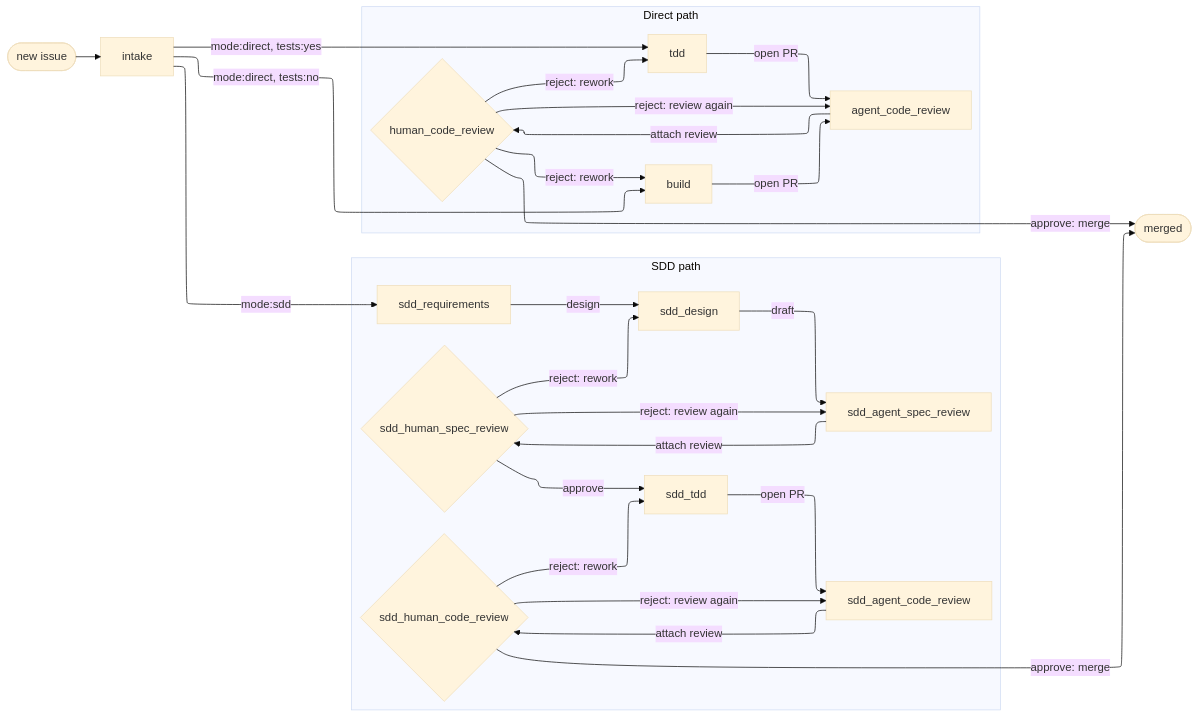
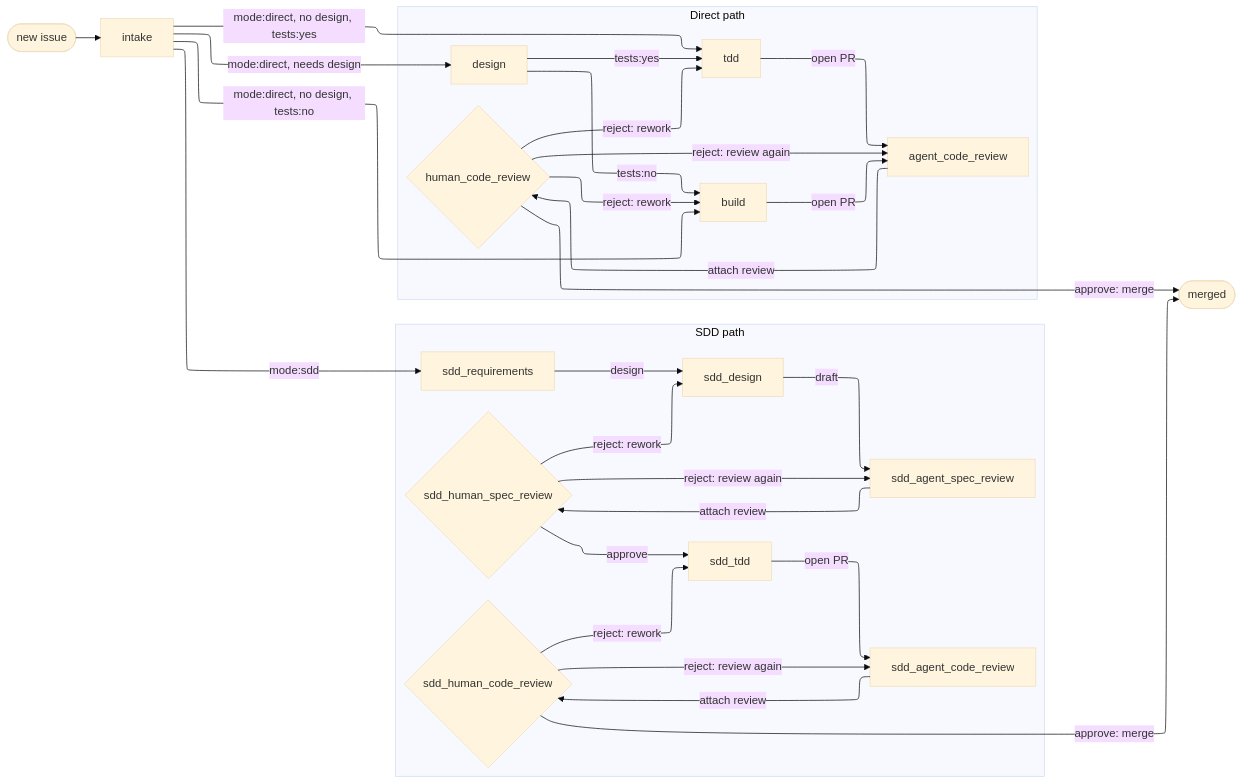
The diagram in workflow/workflow.md (GeoffNordling/dev-playbook), drawn with Mermaid (base theme) before and after one commit. The commit also changed other lines of this file, not shown here.

Commit message:
workflow: add design node to the direct path
Direct-path issues had no place to explore solutions, prototype, or weigh
tradeoffs. Add a single `design` node between intake and tdd/build: intake
routes substantive work through it and bypasses trivial work straight to
implementation. One node serves both tests:* values, routing onward by the
test dimension. No design-review gate; the approach is captured in the issue
body and validated at code review.

Graph + supporting prose only. The /design skill, its skill-table row, the
phase:design label mint, and intake's routing logic are deferred.

````diff
--- a/workflow/workflow.md
+++ b/workflow/workflow.md
@@ -38,33 +38,36 @@
 ```mermaid
 %%{init: {'flowchart': {'defaultRenderer': 'elk'}}}%%
 flowchart LR
     new([new issue]) --> intake[intake]
     intake -->|mode:sdd| sdd_requirements[sdd_requirements]
-    intake -->|mode:direct, tests:yes| tdd[tdd]
-    intake -->|mode:direct, tests:no| build[build]
+    intake -->|mode:direct, needs design| design[design]
+    intake -->|mode:direct, no design, tests:yes| tdd[tdd]
+    intake -->|mode:direct, no design, tests:no| build[build]
 
     subgraph sdd[SDD path]
         sdd_requirements -->|design| sdd_design[sdd_design]
         sdd_design -->|draft| sdd_agent_spec_review[sdd_agent_spec_review]
         sdd_agent_spec_review -->|attach review| sdd_human_spec_review{sdd_human_spec_review}
         sdd_human_spec_review -->|reject: review again| sdd_agent_spec_review
         sdd_human_spec_review -->|reject: rework| sdd_design
         sdd_human_spec_review -->|approve| sdd_tdd[sdd_tdd]
         sdd_tdd -->|open PR| sdd_agent_code_review[sdd_agent_code_review]
         sdd_agent_code_review -->|attach review| sdd_human_code_review{sdd_human_code_review}
         sdd_human_code_review -->|reject: review again| sdd_agent_code_review
         sdd_human_code_review -->|reject: rework| sdd_tdd
     end
 
     subgraph direct[Direct path]
+        design -->|tests:yes| tdd
+        design -->|tests:no| build
         tdd -->|open PR| agent_code_review[agent_code_review]
         build -->|open PR| agent_code_review
         agent_code_review -->|attach review| human_code_review{human_code_review}
         human_code_review -->|reject: review again| agent_code_review
         human_code_review -->|reject: rework| tdd
         human_code_review -->|reject: rework| build
     end
 
     sdd_human_code_review -->|approve: merge| done([merged])
     human_code_review -->|approve: merge| done
 ```
````
